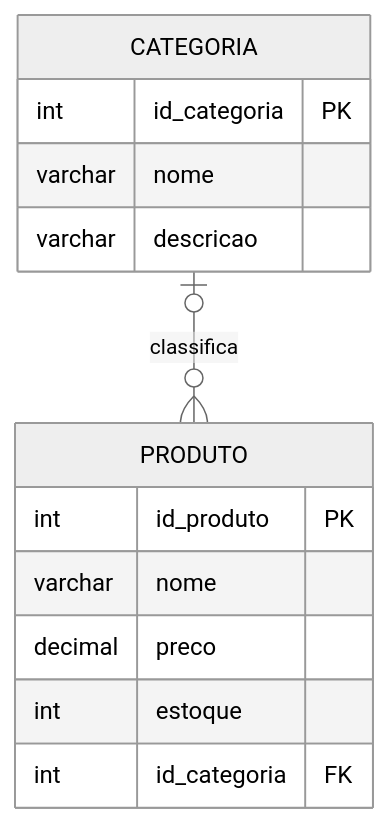
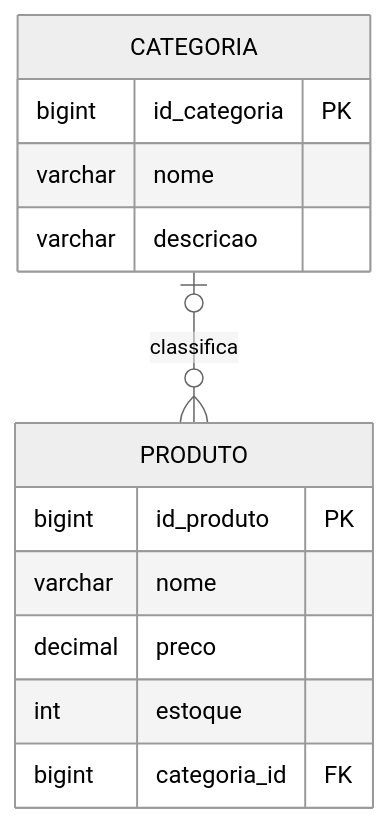
One commit to DSM-Fatec-Jahu/Banco-de-Dados-Relacional-IBD015 changed the fifth of 12 diagrams in aulas/Cardinalidade_MER_Completo.md. Above: the diagram before and after it, drawn with Mermaid (neutral theme). The commit also changed other lines of this file and 13 other files, not shown here.

````diff
--- a/aulas/Cardinalidade_MER_Completo.md
+++ b/aulas/Cardinalidade_MER_Completo.md
@@ -281,18 +281,18 @@
 ```mermaid
 erDiagram
     CATEGORIA {
-        int id_categoria PK
+        bigint id_categoria PK
         varchar nome
         varchar descricao
     }
 
     PRODUTO {
-        int id_produto PK
+        bigint id_produto PK
         varchar nome
         decimal preco
         int estoque
-        int id_categoria FK
+        bigint categoria_id FK
     }
 
     CATEGORIA |o--o{ PRODUTO : "classifica"
 ```
````
